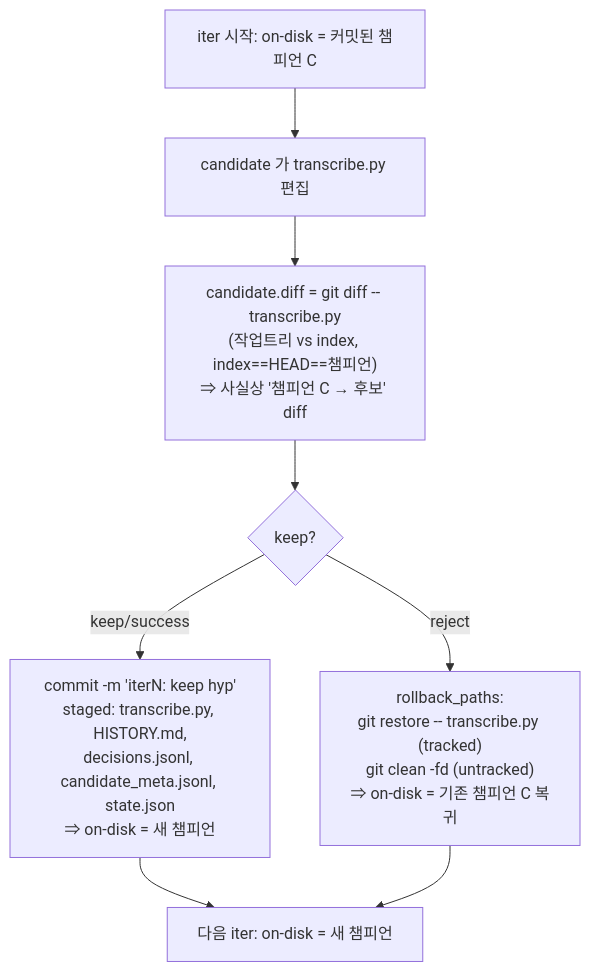
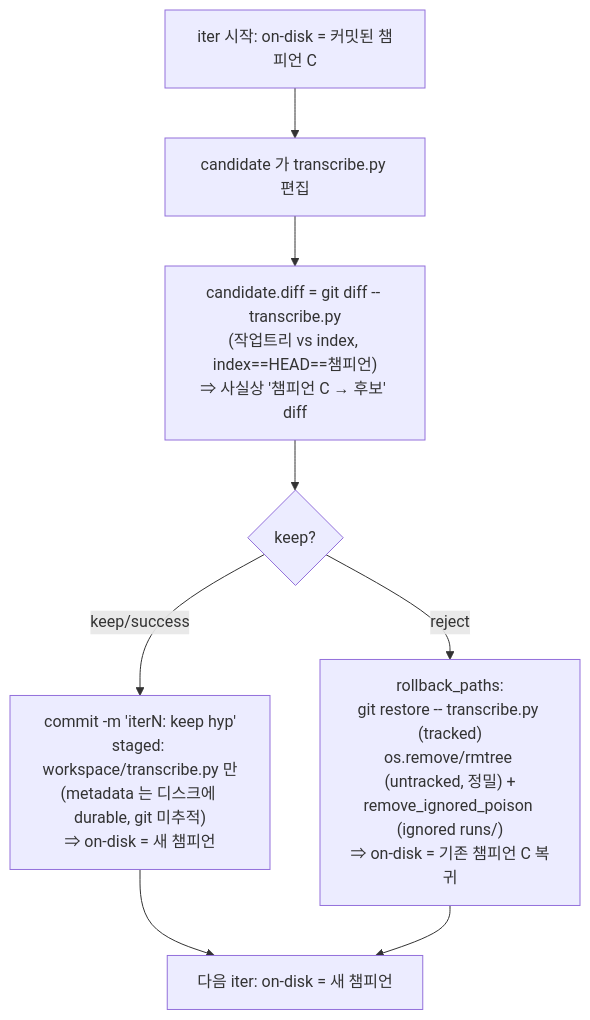
Before and after one commit to YuBeomGon/stt-pipe: the second of 5 diagrams in docs/HARNESS-MECHANICS.md, drawn with Mermaid. The commit also changed other lines of this file and 1 other file, not shown here.

Commit message:
docs: commit-policy = code checkpoints only, runs/ off-git (phase1.5)

````diff
--- a/docs/HARNESS-MECHANICS.md
+++ b/docs/HARNESS-MECHANICS.md
@@ -140,10 +140,10 @@
 ```mermaid
 flowchart TD
     A[iter 시작: on-disk = 커밋된 챔피언 C] --> B[candidate 가 transcribe.py 편집]
     B --> C2["candidate.diff = git diff -- transcribe.py<br/>(작업트리 vs index, index==HEAD==챔피언)<br/>⇒ 사실상 '챔피언 C → 후보' diff"]
     C2 --> D{keep?}
-    D -->|keep/success| E["commit -m 'iterN: keep hyp'<br/>staged: transcribe.py, HISTORY.md,<br/>decisions.jsonl, candidate_meta.jsonl, state.json<br/>⇒ on-disk = 새 챔피언"]
-    D -->|reject| F["rollback_paths:<br/>git restore -- transcribe.py (tracked)<br/>git clean -fd (untracked)<br/>⇒ on-disk = 기존 챔피언 C 복귀"]
+    D -->|keep/success| E["commit -m 'iterN: keep hyp'<br/>staged: workspace/transcribe.py 만<br/>(metadata 는 디스크에 durable, git 미추적)<br/>⇒ on-disk = 새 챔피언"]
+    D -->|reject| F["rollback_paths:<br/>git restore -- transcribe.py (tracked)<br/>os.remove/rmtree (untracked, 정밀) +<br/>remove_ignored_poison (ignored runs/)<br/>⇒ on-disk = 기존 챔피언 C 복귀"]
     E --> G[다음 iter: on-disk = 새 챔피언]
     F --> G
 ```
````
